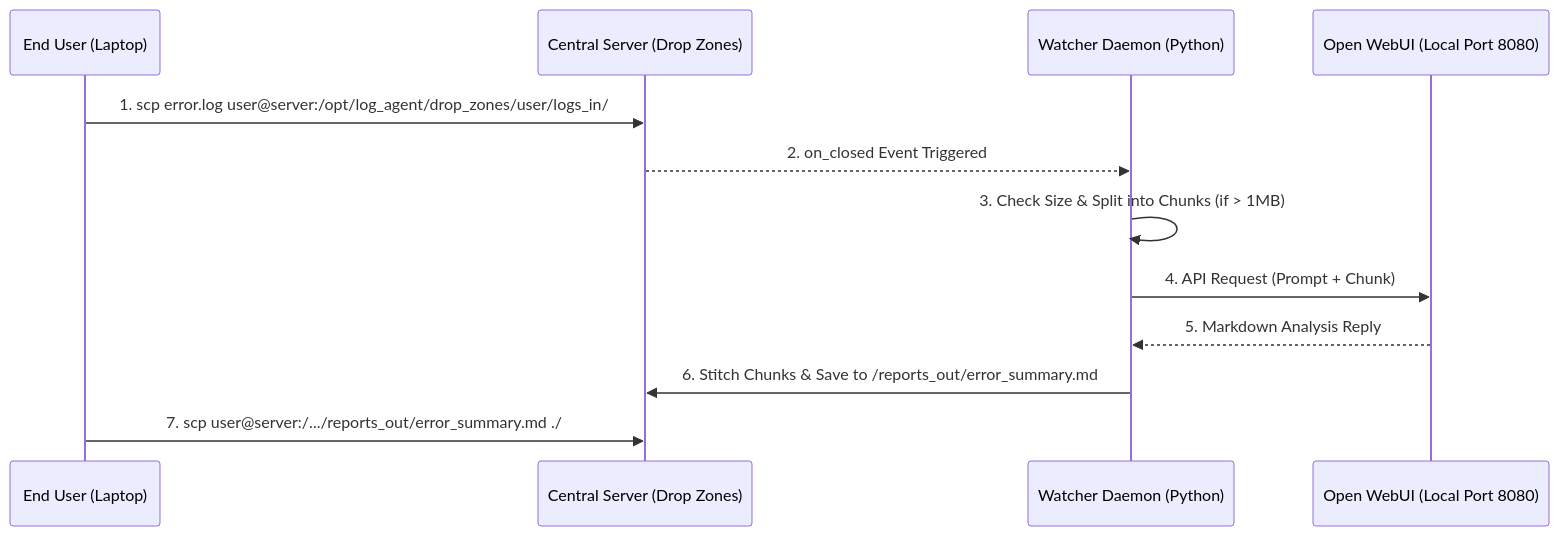
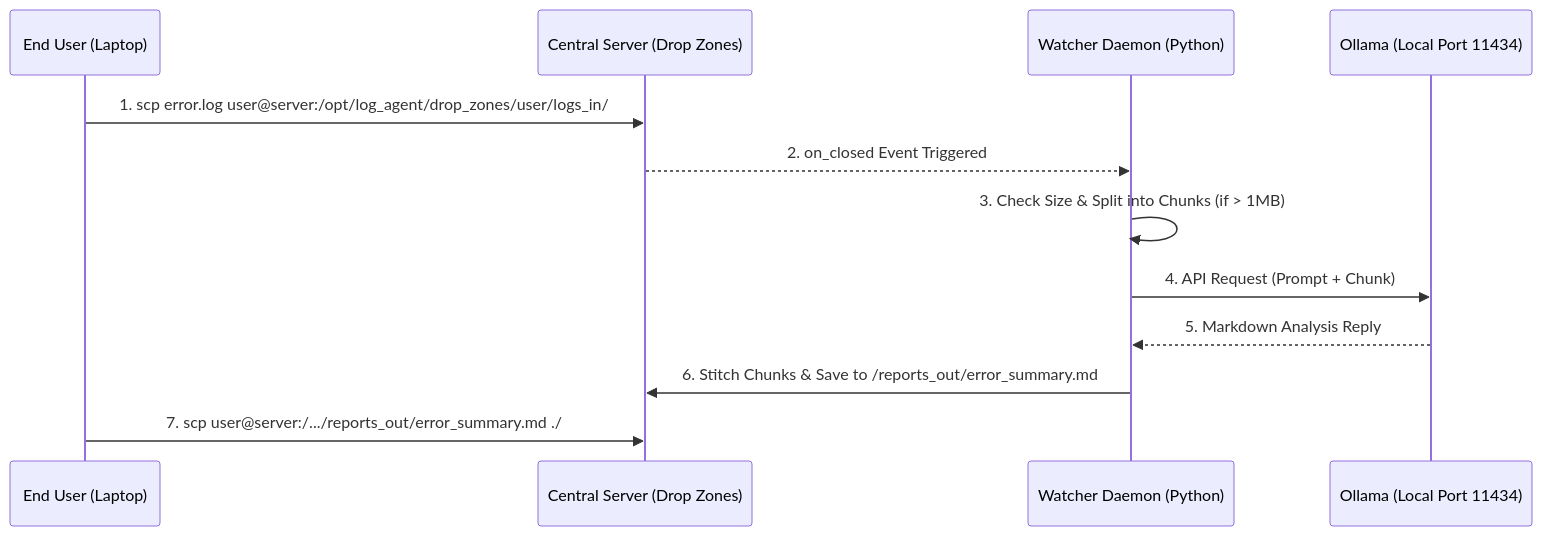
One commit to breadOnLaptop/ssh-rag-dropbox-log-summarizer changed the diagram in README.md. Above: the diagram before and after it, drawn with Mermaid. The commit also changed other lines of this file, not shown here.

Commit message:
docs: remove deprecated config and update Ollama references

````diff
--- a/README.md
+++ b/README.md
@@ -18,15 +18,15 @@
 ```mermaid
 sequenceDiagram
     participant User as End User (Laptop)
     participant Server as Central Server (Drop Zones)
     participant Daemon as Watcher Daemon (Python)
-    participant AI as Open WebUI (Local Port 8080)
+    participant AI as Ollama (Local Port 11434)
 
     User->>Server: 1. scp error.log user@server:/opt/log_agent/drop_zones/user/logs_in/
     Server-->>Daemon: 2. on_closed Event Triggered
     Daemon->>Daemon: 3. Check Size & Split into Chunks (if > 1MB)
     Daemon->>AI: 4. API Request (Prompt + Chunk)
     AI-->>Daemon: 5. Markdown Analysis Reply
     Daemon->>Server: 6. Stitch Chunks & Save to /reports_out/error_summary.md
     User->>Server: 7. scp user@server:/.../reports_out/error_summary.md ./
 ```
````
